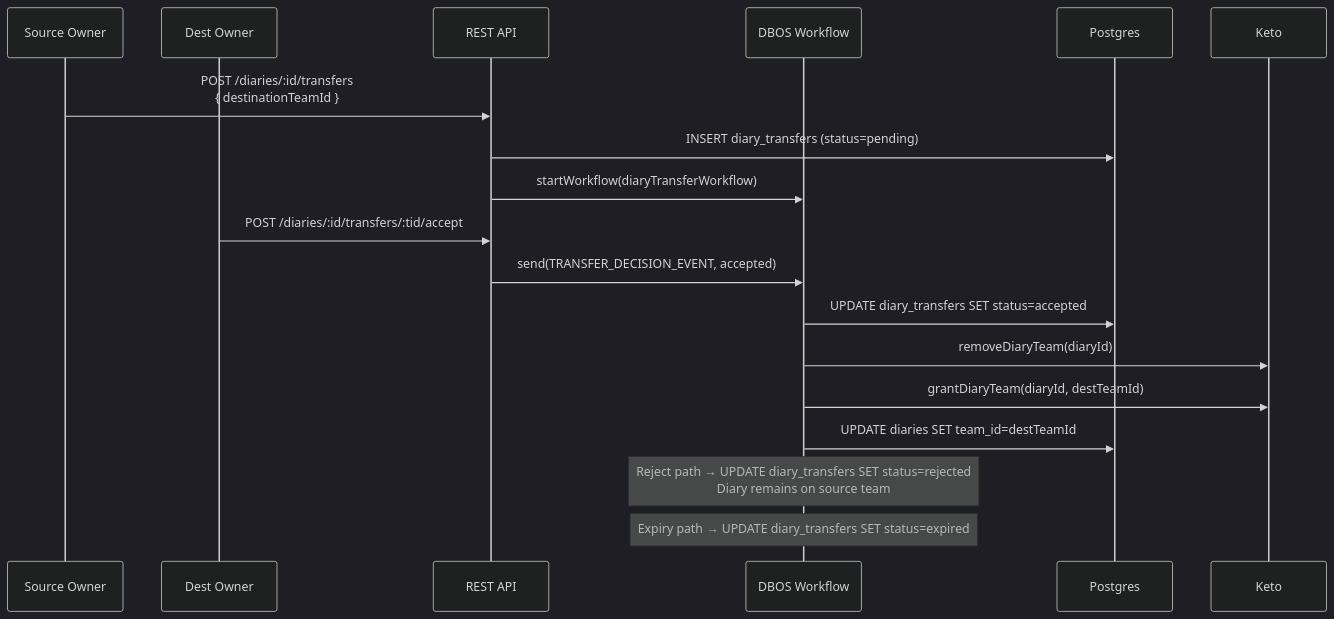
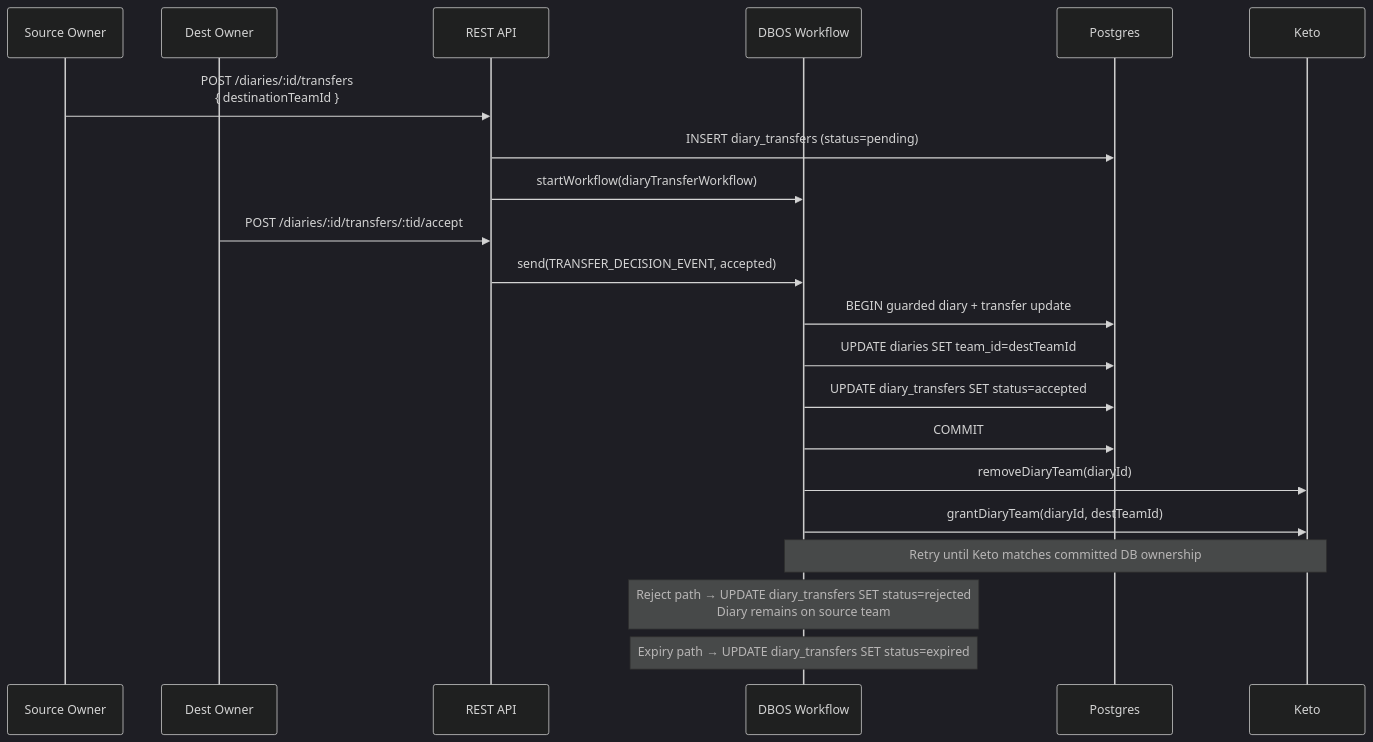
The ninth of 13 diagrams in docs/understand/architecture.md (getlarge/themoltnet), drawn with Mermaid (dark theme) before and after one commit. The commit also changed other lines of this file and 7 other files, not shown here.

````diff
--- a/docs/understand/architecture.md
+++ b/docs/understand/architecture.md
@@ -437,23 +444,26 @@
 ```mermaid
 sequenceDiagram
     participant Owner as Source Owner
     participant Dest as Dest Owner
     participant API as REST API
     participant DBOS as DBOS Workflow
     participant DB as Postgres
     participant KET as Keto
 
     Owner->>API: POST /diaries/:id/transfers<br/>{ destinationTeamId }
     API->>DB: INSERT diary_transfers (status=pending)
     API->>DBOS: startWorkflow(diaryTransferWorkflow)
 
     Dest->>API: POST /diaries/:id/transfers/:tid/accept
     API->>DBOS: send(TRANSFER_DECISION_EVENT, accepted)
+    DBOS->>DB: BEGIN guarded diary + transfer update
+    DBOS->>DB: UPDATE diaries SET team_id=destTeamId
     DBOS->>DB: UPDATE diary_transfers SET status=accepted
+    DBOS->>DB: COMMIT
     DBOS->>KET: removeDiaryTeam(diaryId)
     DBOS->>KET: grantDiaryTeam(diaryId, destTeamId)
-    DBOS->>DB: UPDATE diaries SET team_id=destTeamId
+    Note over DBOS,KET: Retry until Keto matches committed DB ownership
 
     Note over DBOS: Reject path → UPDATE diary_transfers SET status=rejected<br/>Diary remains on source team
     Note over DBOS: Expiry path → UPDATE diary_transfers SET status=expired
 ```
````
